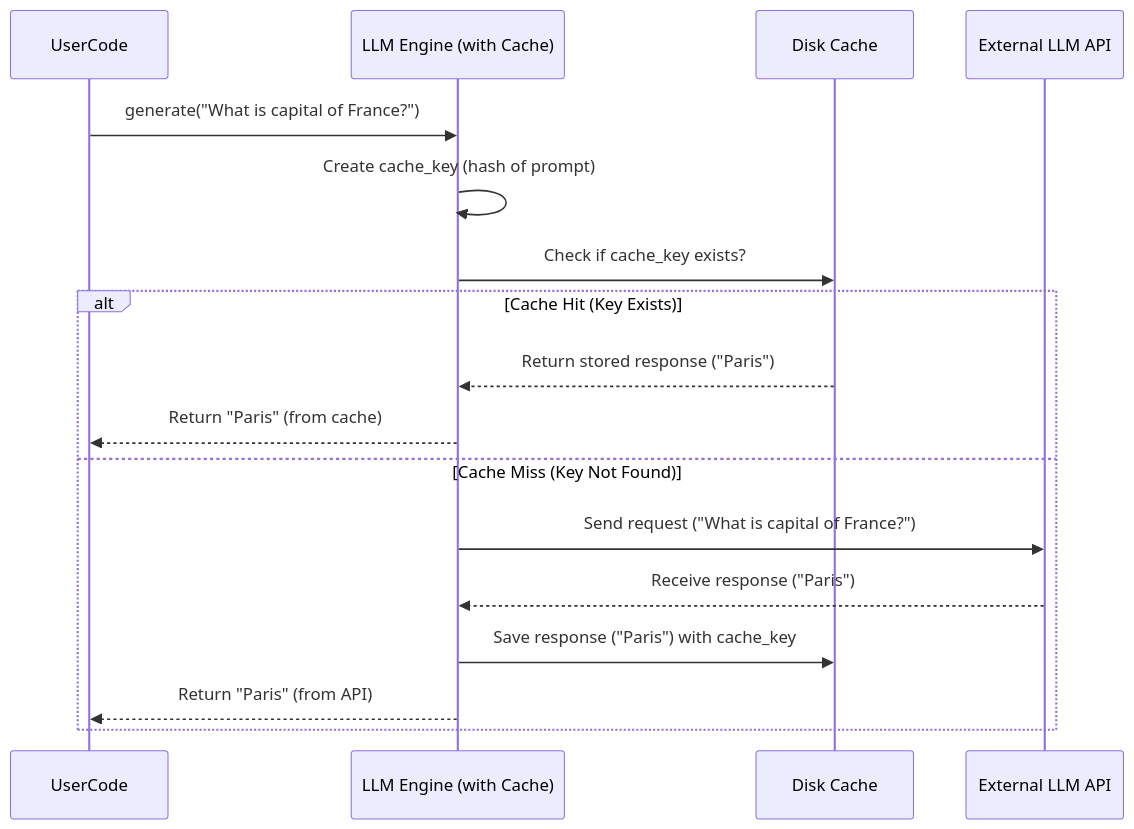
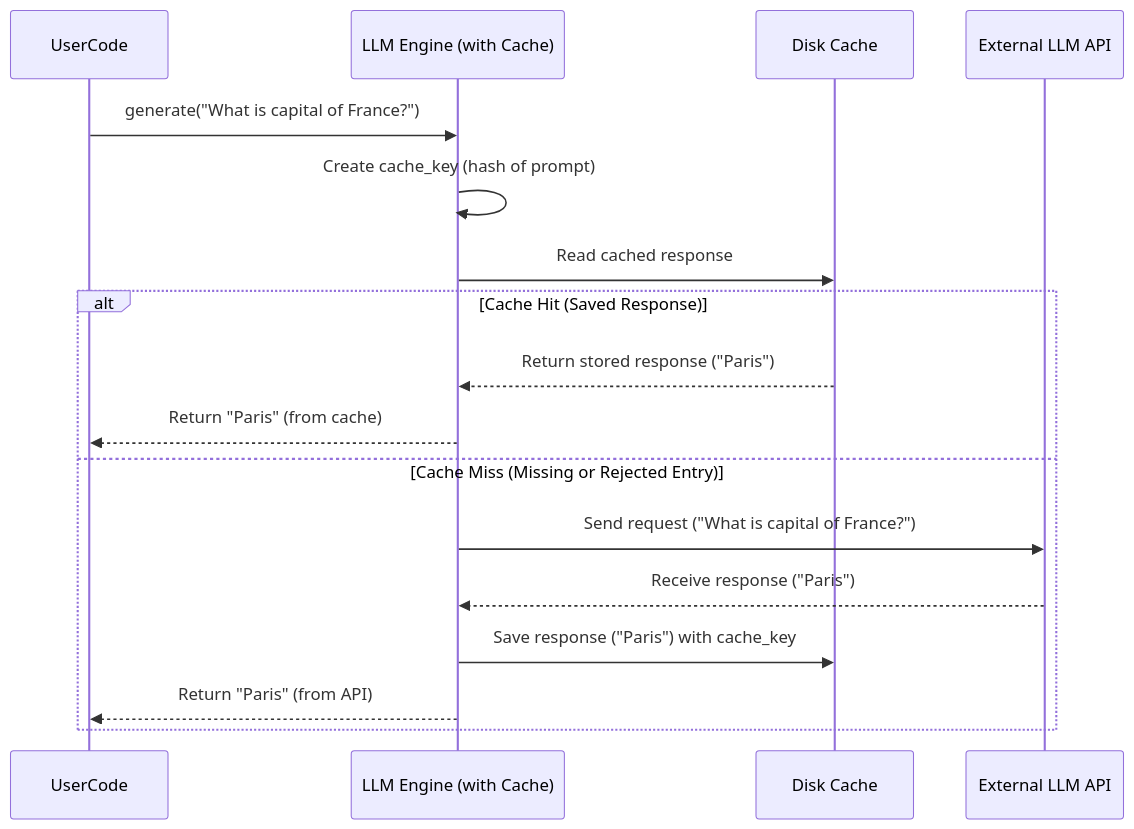
One commit to octotools/octotools changed the diagram in tutorials/09_caching___cachedengine___.md. Above: the diagram before and after it, drawn with Mermaid. The commit also changed other lines of this file and 10 other files, not shown here.

````diff
--- a/tutorials/09_caching___cachedengine___.md
+++ b/tutorials/09_caching___cachedengine___.md
@@ -98,20 +98,20 @@
 ```mermaid
 sequenceDiagram
     participant UserCode
     participant Engine as LLM Engine (with Cache)
     participant Cache as Disk Cache
     participant LLM_API as External LLM API
 
     UserCode->>Engine: generate("What is capital of France?")
     Engine->>Engine: Create cache_key (hash of prompt)
-    Engine->>Cache: Check if cache_key exists?
-    alt Cache Hit (Key Exists)
+    Engine->>Cache: Read cached response
+    alt Cache Hit (Saved Response)
         Cache-->>Engine: Return stored response ("Paris")
         Engine-->>UserCode: Return "Paris" (from cache)
-    else Cache Miss (Key Not Found)
+    else Cache Miss (Missing or Rejected Entry)
         Engine->>LLM_API: Send request ("What is capital of France?")
         LLM_API-->>Engine: Receive response ("Paris")
         Engine->>Cache: Save response ("Paris") with cache_key
         Engine-->>UserCode: Return "Paris" (from API)
     end
 ```
````
